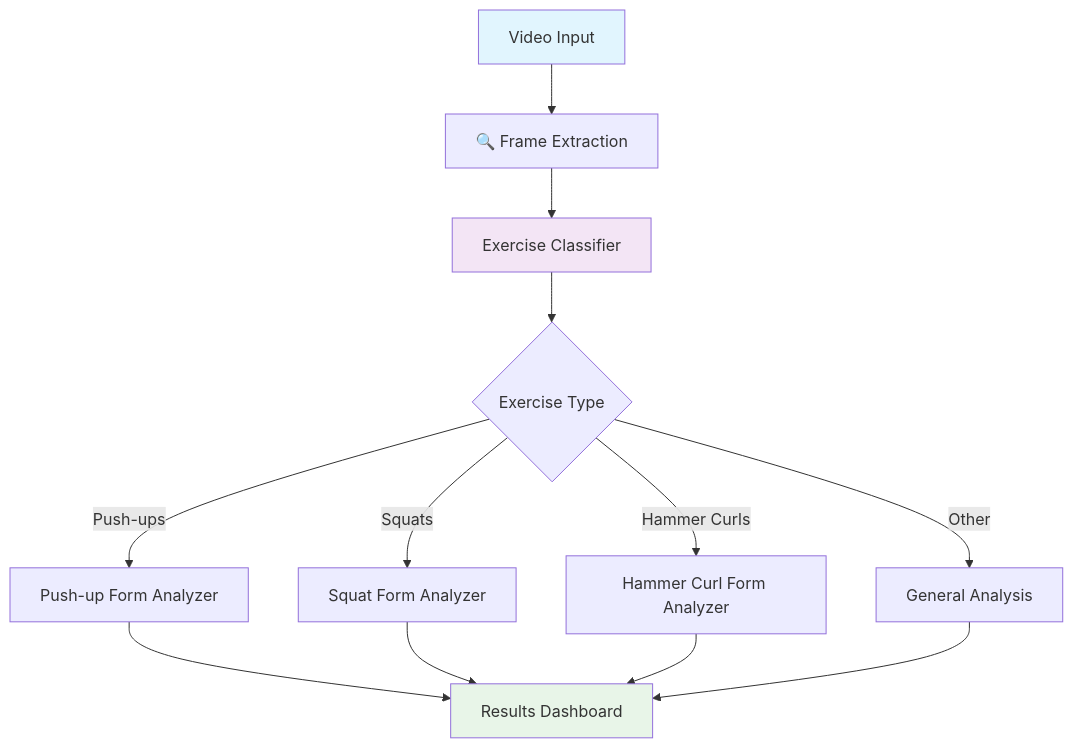
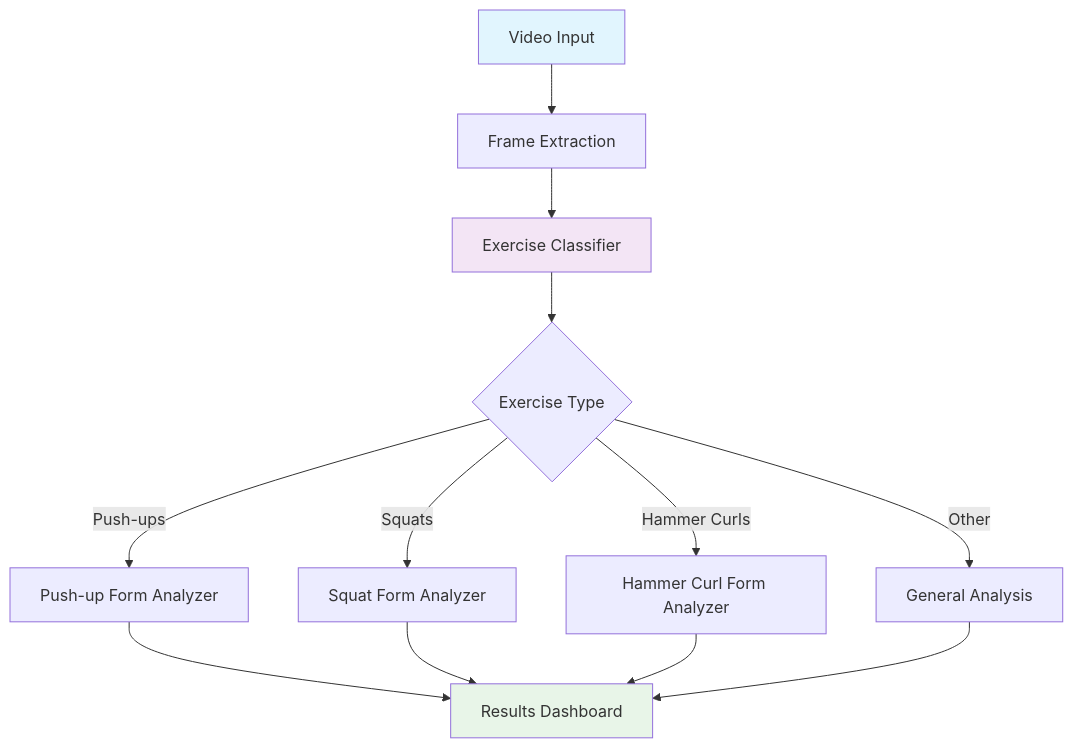
One commit to 1achraf1/I-COACH changed the first of 2 diagrams in README.md. Above: the diagram before and after it, drawn with Mermaid. The commit also changed other lines of this file, not shown here.

````diff
--- a/README.md
+++ b/README.md
@@ -38,18 +38,18 @@
 ```mermaid
 graph TD
-    A[Video Input] --> B[🔍 Frame Extraction]
+    A[Video Input] --> B[Frame Extraction]
     B --> C[Exercise Classifier]
     C --> D{Exercise Type}
     D -->|Push-ups| E[Push-up Form Analyzer]
     D -->|Squats| F[Squat Form Analyzer]
     D -->|Hammer Curls| G[Hammer Curl Form Analyzer]
     D -->|Other| H[General Analysis]
     E --> I[Results Dashboard]
     F --> I
     G --> I
     H --> I
     
     style A fill:#e1f5fe
     style C fill:#f3e5f5
     style I fill:#e8f5e8
 ```
````
